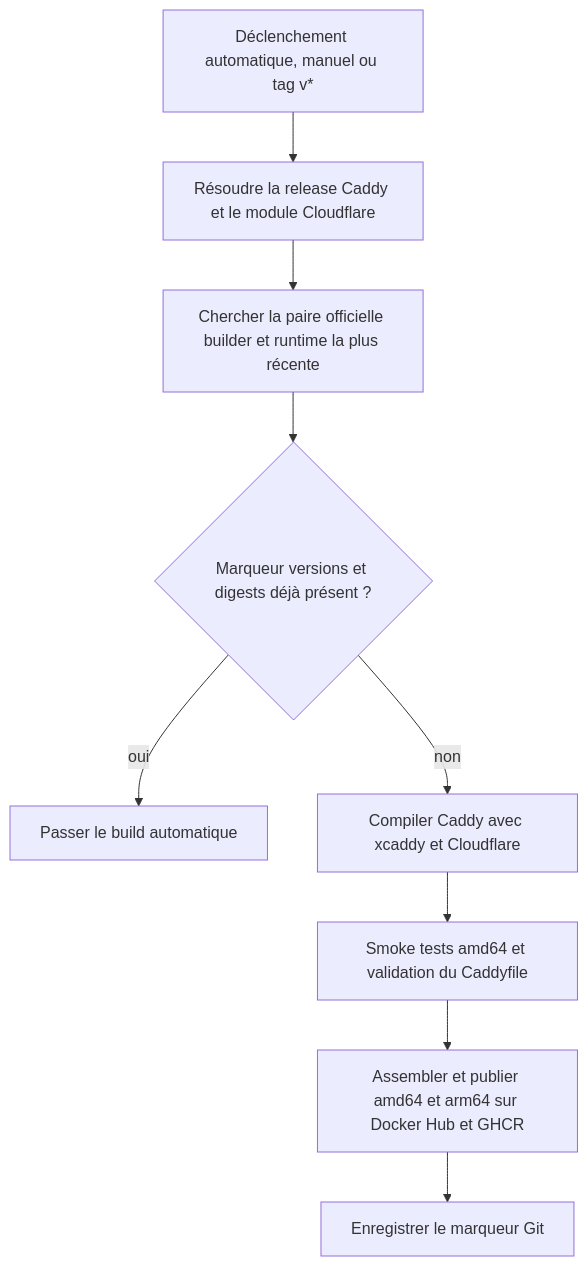
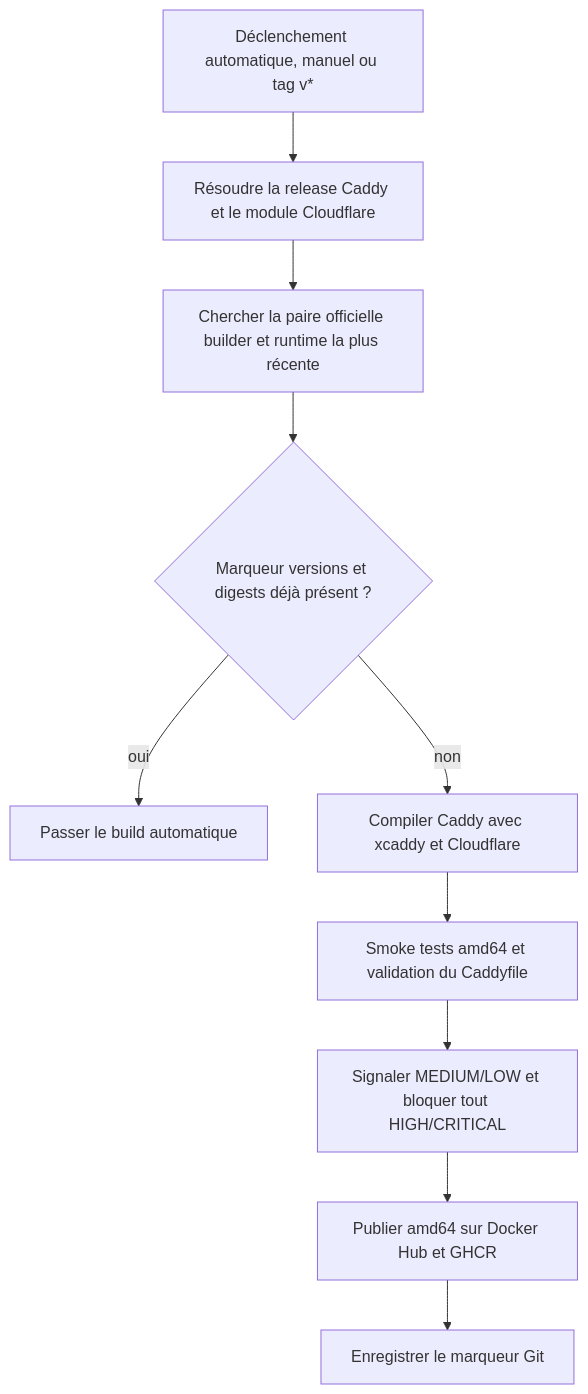
The diagram in docs/MAINTENANCE.md (williamboglietti/caddy-cloudflare), drawn with Mermaid before and after one commit. The commit also changed other lines of this file and 2 other files, not shown here.

Commit message:
ci: suspendre ARM et bloquer les CVE non corrigées

````diff
--- a/docs/MAINTENANCE.md
+++ b/docs/MAINTENANCE.md
@@ -32,11 +32,12 @@
 ```mermaid
 flowchart TD
     A[Déclenchement automatique, manuel ou tag v*] --> B[Résoudre la release Caddy et le module Cloudflare]
     B --> C[Chercher la paire officielle builder et runtime la plus récente]
     C --> D{Marqueur versions et digests déjà présent ?}
     D -- oui --> E[Passer le build automatique]
     D -- non --> F[Compiler Caddy avec xcaddy et Cloudflare]
     F --> G[Smoke tests amd64 et validation du Caddyfile]
-    G --> H[Assembler et publier amd64 et arm64 sur Docker Hub et GHCR]
-    H --> I[Enregistrer le marqueur Git]
+    G --> H[Signaler MEDIUM/LOW et bloquer tout HIGH/CRITICAL]
+    H --> I[Publier amd64 sur Docker Hub et GHCR]
+    I --> J[Enregistrer le marqueur Git]
 ```
````
